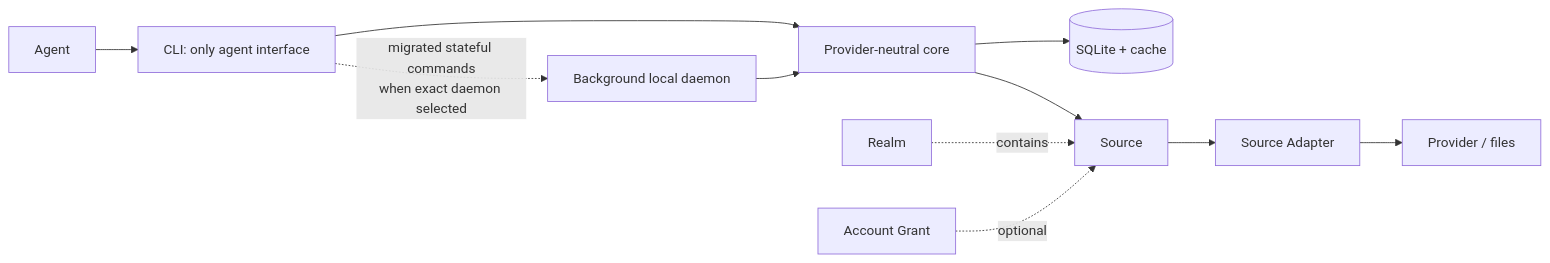
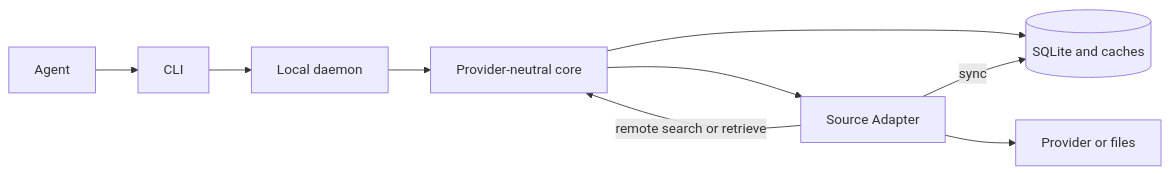
Before and after one commit to barisgit/ctxindex: the first of 2 diagrams in SYSTEM.md, drawn with Mermaid. The commit also changed other lines of this file and 52 other files, not shown here.

````diff
--- a/SYSTEM.md
+++ b/SYSTEM.md
@@ -13,12 +36,8 @@
 ```mermaid
 flowchart LR
-  A[Agent] --> CLI[CLI: only agent interface]
-  CLI --> Core[Provider-neutral core]
-  CLI -. "migrated stateful commands\nwhen exact daemon selected" .-> D[Background local daemon]
-  D --> Core
-  Core --> DB[(SQLite + cache)]
-  Core --> S[Source]
-  S --> AD[Source Adapter] --> P[Provider / files]
-  R[Realm] -. contains .-> S
-  G[Account Grant] -. optional .-> S
+  Agent --> CLI --> D[Local daemon] --> Core[Provider-neutral core]
+  Core --> DB[(SQLite and caches)]
+  Core --> A[Source Adapter] --> Canonical[Provider or files]
+  A -- sync --> DB
+  A -- remote search or retrieve --> Core
 ```
````
